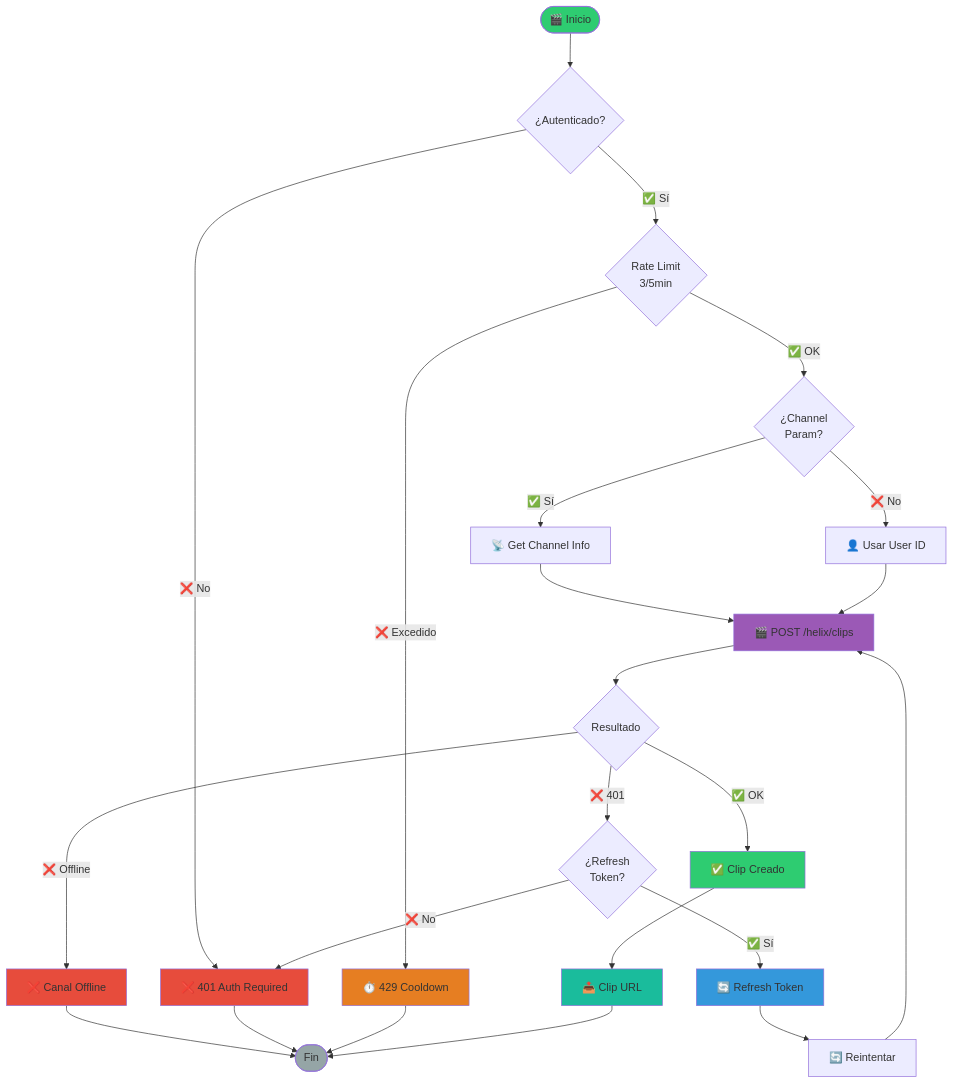
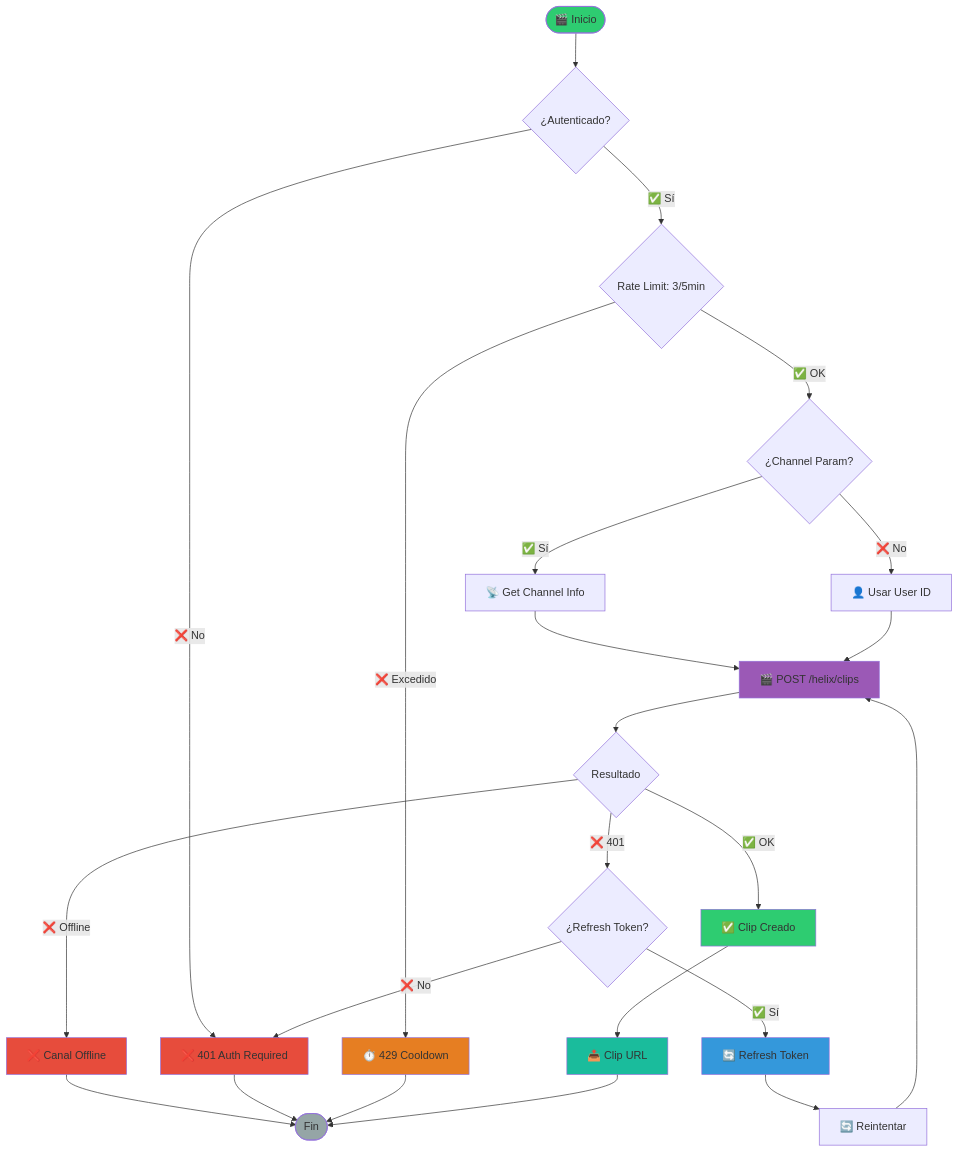
Before and after one commit to Ponss17/Followage-api: the seventh of 12 diagrams in API_FLOWCHART.md, drawn with Mermaid. The commit also changed other lines of this file, not shown here.

````diff
--- a/API_FLOWCHART.md
+++ b/API_FLOWCHART.md
@@ -316,44 +316,44 @@
 ```mermaid
 graph TB
     START([🎬 Inicio]) --> AUTH{¿Autenticado?}
     
     AUTH -->|❌ No| ERROR_401[❌ 401 Auth Required]
-    AUTH -->|✅ Sí| RATE_LIMIT{Rate Limit<br/>3/5min}
+    AUTH -->|✅ Sí| RATE_LIMIT{"Rate Limit: 3/5min"}
     
     RATE_LIMIT -->|❌ Excedido| ERROR_429[⏱️ 429 Cooldown]
-    RATE_LIMIT -->|✅ OK| CHECK_CHANNEL{¿Channel<br/>Param?}
+    RATE_LIMIT -->|✅ OK| CHECK_CHANNEL{"¿Channel Param?"}
     
     CHECK_CHANNEL -->|✅ Sí| GET_CHANNEL[📡 Get Channel Info]
     CHECK_CHANNEL -->|❌ No| USE_USER[👤 Usar User ID]
     
     GET_CHANNEL --> CREATE_CLIP[🎬 POST /helix/clips]
     USE_USER --> CREATE_CLIP
     
     CREATE_CLIP --> CHECK_RESULT{Resultado}
     
     CHECK_RESULT -->|❌ Offline| ERROR_OFFLINE[❌ Canal Offline]
-    CHECK_RESULT -->|❌ 401| TRY_REFRESH{¿Refresh<br/>Token?}
+    CHECK_RESULT -->|❌ 401| TRY_REFRESH{"¿Refresh Token?"}
     CHECK_RESULT -->|✅ OK| SUCCESS[✅ Clip Creado]
     
     TRY_REFRESH -->|✅ Sí| REFRESH[🔄 Refresh Token]
     TRY_REFRESH -->|❌ No| ERROR_401
     
     REFRESH --> RETRY[🔄 Reintentar]
     RETRY --> CREATE_CLIP
     
     SUCCESS --> RESPONSE[📤 Clip URL]
     ERROR_OFFLINE --> END([Fin])
     ERROR_401 --> END
     ERROR_429 --> END
     RESPONSE --> END
     
     style START fill:#2ECC71
     style END fill:#95A5A6
     style SUCCESS fill:#2ECC71
     style ERROR_401 fill:#E74C3C
     style ERROR_429 fill:#E67E22
     style ERROR_OFFLINE fill:#E74C3C
     style CREATE_CLIP fill:#9B59B6
     style REFRESH fill:#3498DB
     style RESPONSE fill:#1ABC9C
 ```
````
